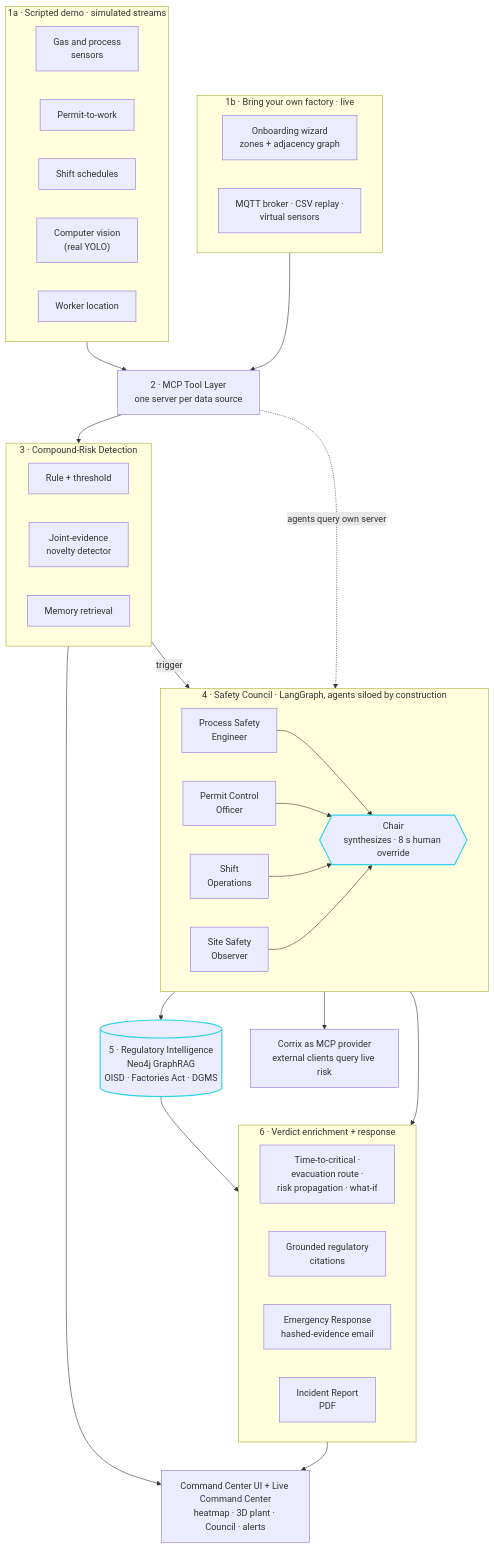
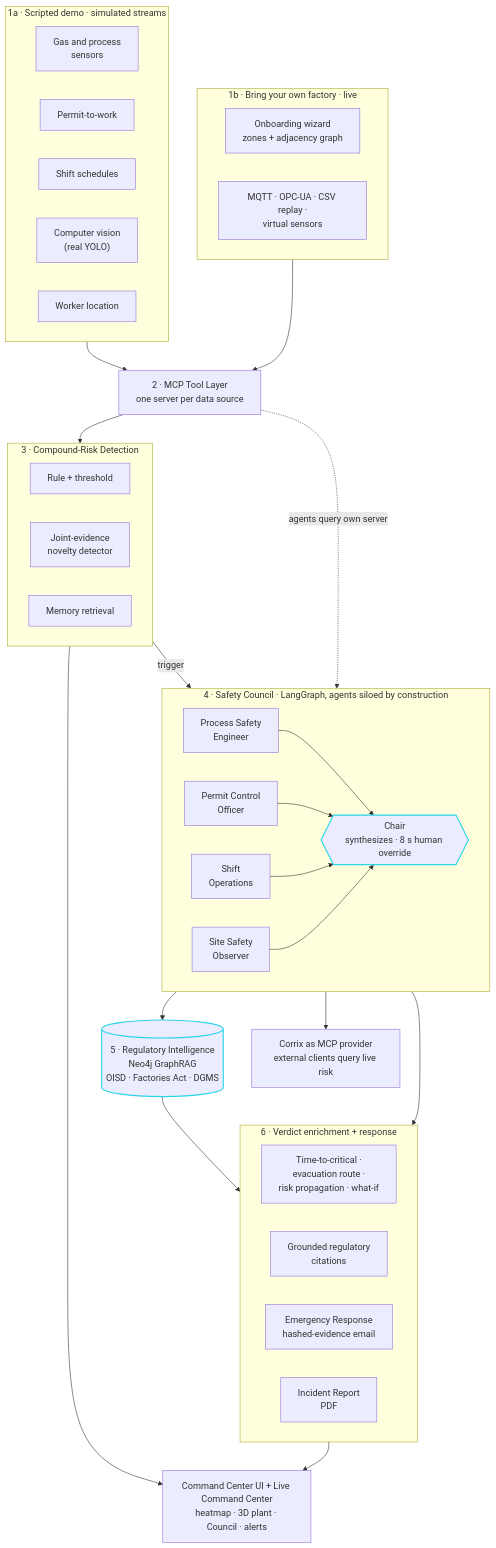
One commit to sumanthd032/Corrix changed the diagram in README.md. Above: the diagram before and after it, drawn with Mermaid. The commit also changed other lines of this file and 6 other files, not shown here.

Commit message:
docs: fold the completed BYOF ingestion work into the readme, project doc, and diagram

````diff
--- a/README.md
+++ b/README.md
@@ -75,67 +75,67 @@
 ```mermaid
 flowchart TB
     subgraph SRC["1a · Scripted demo · simulated streams"]
         direction LR
         GAS["Gas and process<br/>sensors"]
         PER["Permit-to-work"]
         SHF["Shift schedules"]
         CVS["Computer vision<br/>(real YOLO)"]
         LOC["Worker location"]
     end
 
     subgraph BYO["1b · Bring your own factory · live"]
         direction LR
         WIZ["Onboarding wizard<br/>zones + adjacency graph"]
-        MQT["MQTT broker · CSV replay ·<br/>virtual sensors"]
+        MQT["MQTT · OPC-UA · CSV replay ·<br/>virtual sensors"]
     end
 
     MCP["2 · MCP Tool Layer<br/>one server per data source"]
 
     subgraph DET["3 · Compound-Risk Detection"]
         direction LR
         RULE["Rule + threshold"]
         NOV["Joint-evidence<br/>novelty detector"]
         MEM["Memory retrieval"]
     end
 
     subgraph CNCL["4 · Safety Council · LangGraph, agents siloed by construction"]
         direction LR
         A1["Process Safety<br/>Engineer"]
         A2["Permit Control<br/>Officer"]
         A3["Shift<br/>Operations"]
         A4["Site Safety<br/>Observer"]
         CHAIR{{"Chair<br/>synthesizes · 8 s human override"}}
     end
 
     REG[("5 · Regulatory Intelligence<br/>Neo4j GraphRAG<br/>OISD · Factories Act · DGMS")]
 
     subgraph OUT["6 · Verdict enrichment + response"]
         direction LR
         FC["Time-to-critical ·<br/>evacuation route ·<br/>risk propagation · what-if"]
         CIT["Grounded regulatory<br/>citations"]
         ERO["Emergency Response<br/>hashed-evidence email"]
         RPT["Incident Report<br/>PDF"]
     end
 
     UI["Command Center UI + Live Command Center<br/>heatmap · 3D plant · Council · alerts"]
     EXT["Corrix as MCP provider<br/>external clients query live risk"]
 
     SRC --> MCP
     BYO --> MCP
     MCP --> DET
     MCP -. "agents query own server" .-> CNCL
     DET -- "trigger" --> CNCL
     A1 --> CHAIR
     A2 --> CHAIR
     A3 --> CHAIR
     A4 --> CHAIR
     CHAIR --> REG
     CHAIR --> OUT
     REG --> CIT
     OUT --> UI
     DET --> UI
     CHAIR --> EXT
 
     classDef accent stroke:#2dd4e8,stroke-width:2px;
     class CHAIR,REG accent;
 ```
````
